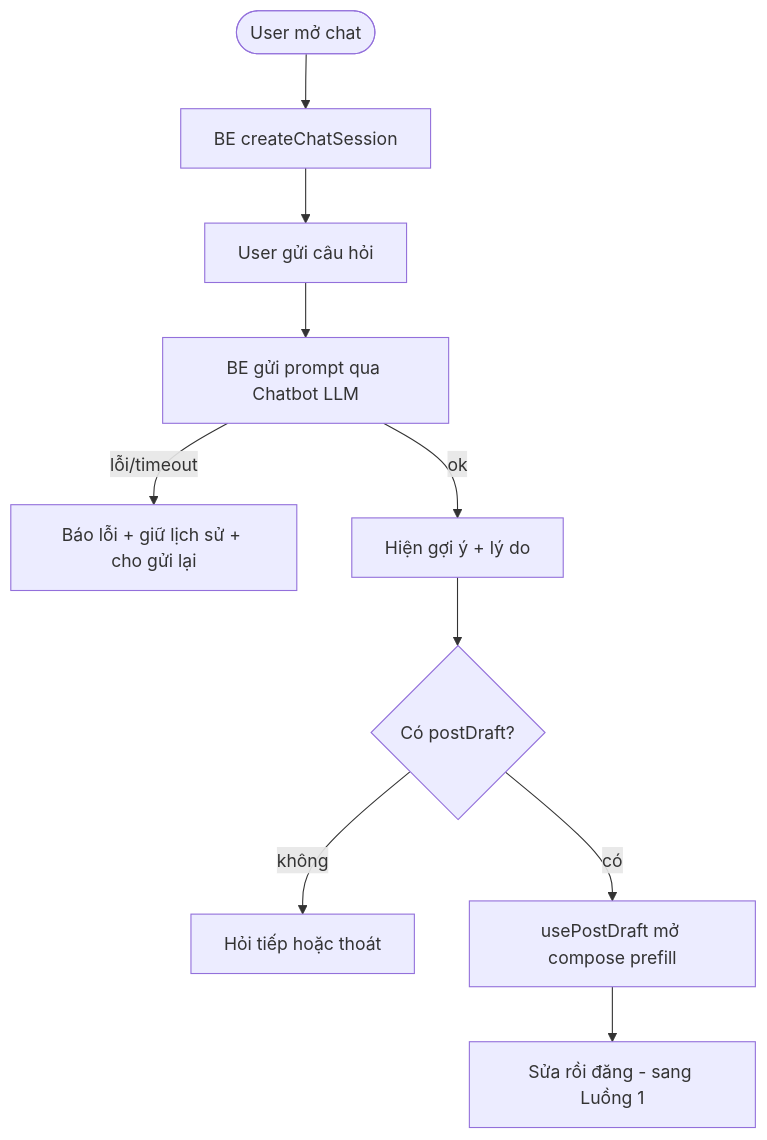
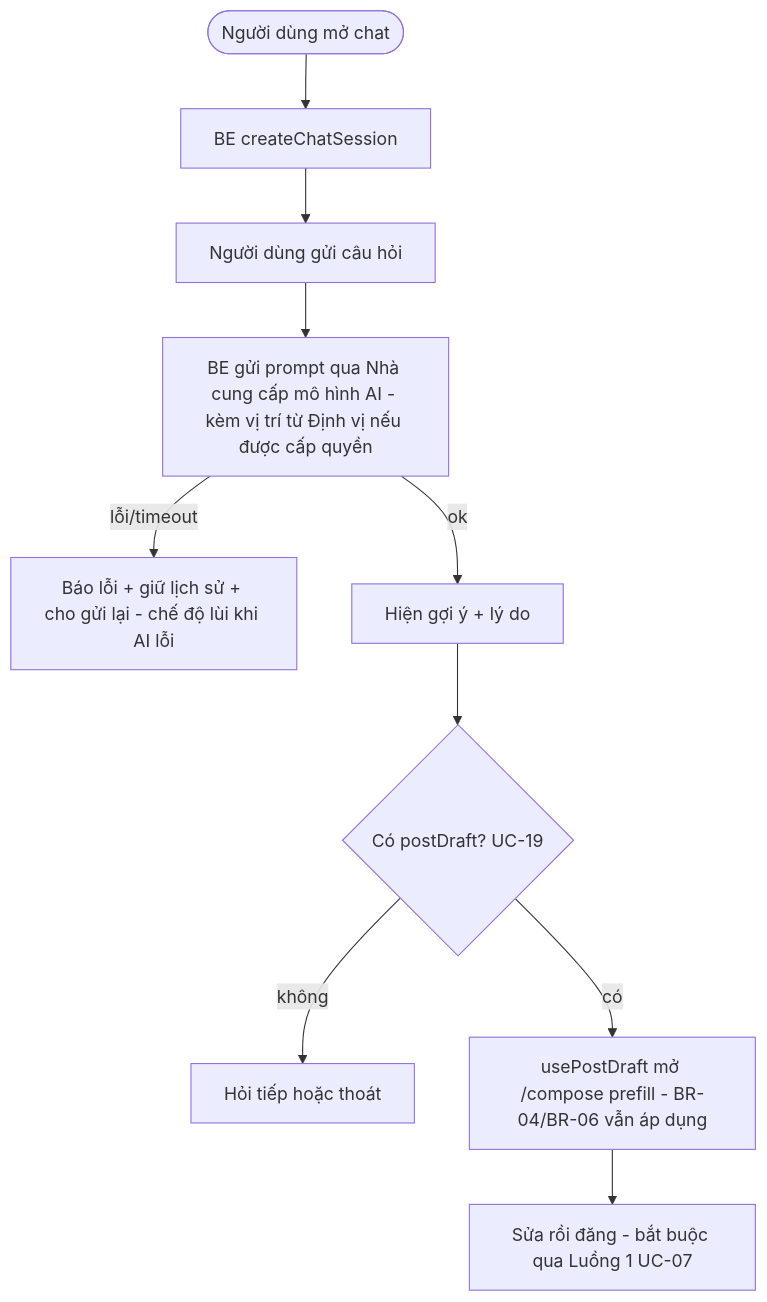
One commit to anqp5002/ToMateTo changed the fifth of 5 diagrams in docs/phase1-requirements/2.2_process_flows_BE.md. Above: the diagram before and after it, drawn with Mermaid. The commit also changed other lines of this file, not shown here.

Commit message:
docs(s1): sua process flows BE theo catalog lead UC-07/13/14/15/18/19

````diff
--- a/docs/phase1-requirements/2.2_process_flows_BE.md
+++ b/docs/phase1-requirements/2.2_process_flows_BE.md
@@ -69,12 +88,12 @@
 ```mermaid
 flowchart TB
-  U1([User mở chat]) --> B1[BE createChatSession]
-  B1 --> U2[User gửi câu hỏi]
-  U2 --> B2[BE gửi prompt qua Chatbot LLM]
-  B2 -- lỗi/timeout --> E1[Báo lỗi + giữ lịch sử + cho gửi lại]
+  U1([Người dùng mở chat]) --> B1[BE createChatSession]
+  B1 --> U2[Người dùng gửi câu hỏi]
+  U2 --> B2[BE gửi prompt qua Nhà cung cấp mô hình AI - kèm vị trí từ Định vị nếu được cấp quyền]
+  B2 -- lỗi/timeout --> E1[Báo lỗi + giữ lịch sử + cho gửi lại - chế độ lùi khi AI lỗi]
   B2 -- ok --> F1[Hiện gợi ý + lý do]
-  F1 --> D1{Có postDraft?}
+  F1 --> D1{Có postDraft? UC-19}
   D1 -- không --> U3[Hỏi tiếp hoặc thoát]
-  D1 -- có --> B3[usePostDraft mở compose prefill]
-  B3 --> U4[Sửa rồi đăng - sang Luồng 1]
+  D1 -- có --> B3[usePostDraft mở /compose prefill - BR-04/BR-06 vẫn áp dụng]
+  B3 --> U4[Sửa rồi đăng - bắt buộc qua Luồng 1 UC-07]
 ```
````
